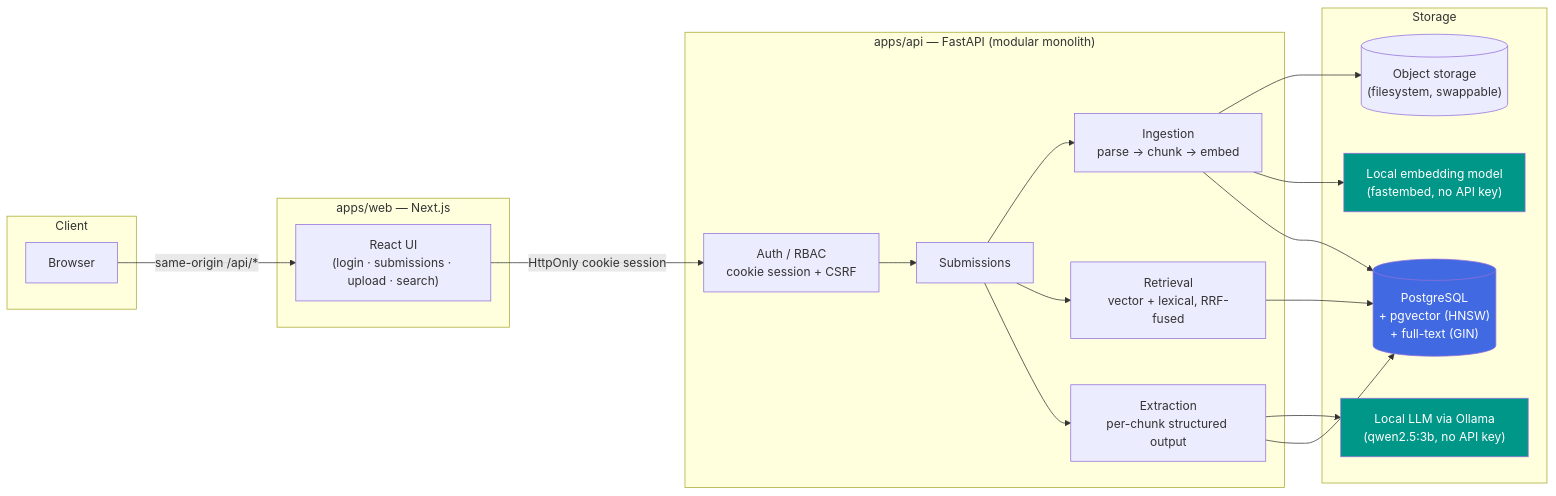
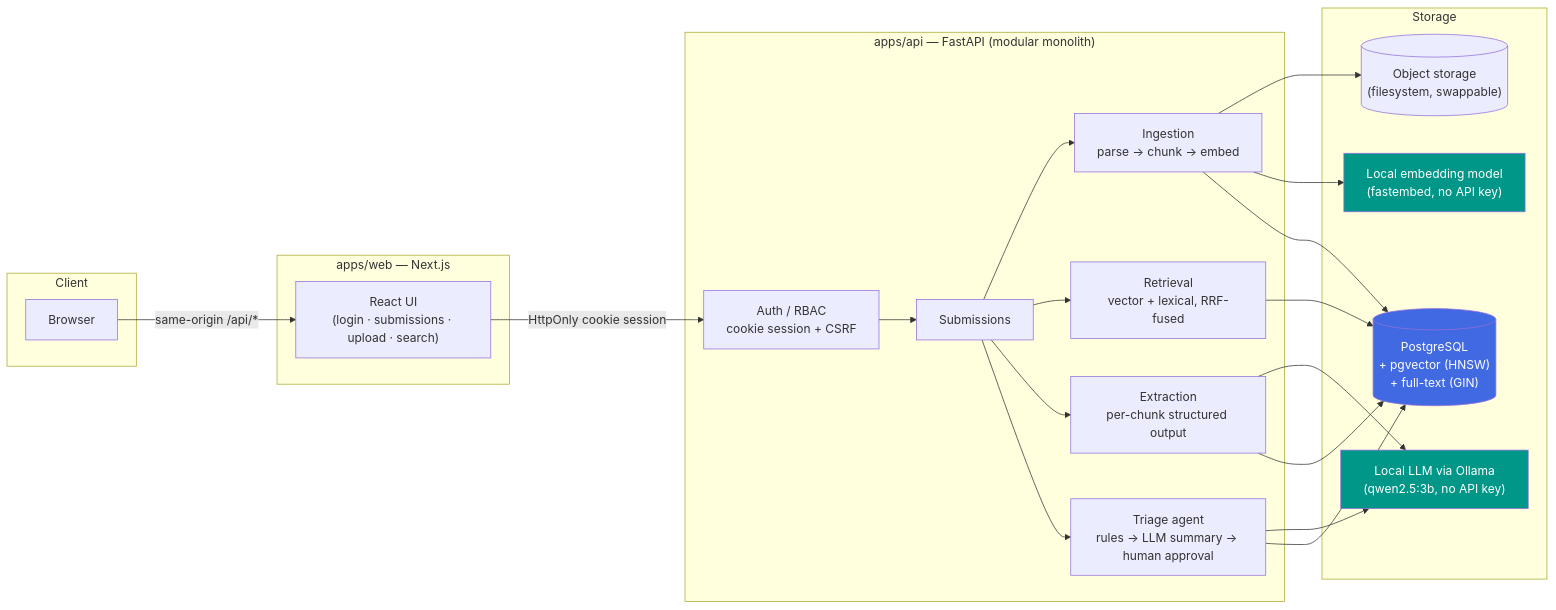
Before and after one commit to ngcd04-fa07/enterprise-agent-platform: the diagram in README.md, drawn with Mermaid. The commit also changed other lines of this file and 16 other files, not shown here.

````diff
--- a/README.md
+++ b/README.md
@@ -36,42 +36,46 @@
 ```mermaid
 flowchart LR
     subgraph Client
         Browser
     end
 
     subgraph "apps/web — Next.js"
         UI["React UI\n(login · submissions · upload · search)"]
     end
 
     subgraph "apps/api — FastAPI (modular monolith)"
         Auth["Auth / RBAC\ncookie session + CSRF"]
         Sub["Submissions"]
         Ing["Ingestion\nparse → chunk → embed"]
         Ret["Retrieval\nvector + lexical, RRF-fused"]
         Ext["Extraction\nper-chunk structured output"]
+        Agt["Triage agent\nrules → LLM summary → human approval"]
     end
 
     subgraph Storage
         PG[("PostgreSQL\n+ pgvector (HNSW)\n+ full-text (GIN)")]
         FS[("Object storage\n(filesystem, swappable)")]
         EMB["Local embedding model\n(fastembed, no API key)"]
         LLM["Local LLM via Ollama\n(qwen2.5:3b, no API key)"]
     end
 
     Browser -->|"same-origin /api/*"| UI
     UI -->|HttpOnly cookie session| Auth
     Auth --> Sub
     Sub --> Ing
     Ing --> FS
     Ing --> EMB
     Ing --> PG
     Sub --> Ret
     Ret --> PG
     Sub --> Ext
     Ext --> LLM
     Ext --> PG
+    Sub --> Agt
+    Agt --> LLM
+    Agt --> PG
 
     style PG fill:#4169E1,color:#fff
     style EMB fill:#009688,color:#fff
     style LLM fill:#009688,color:#fff
 ```
````
